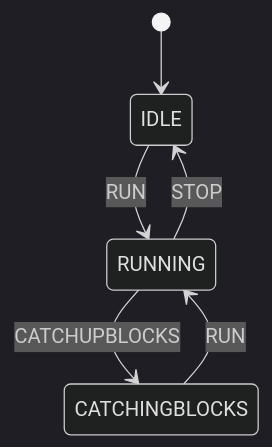
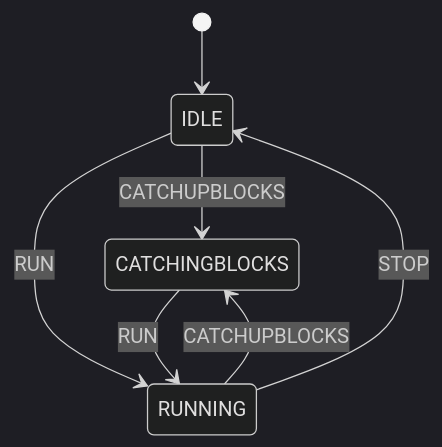
Before and after one commit to icellan/teranode: the diagram in topics/architecture/img/fsmDiagram.mermaid, drawn with Mermaid (dark theme). The commit also changed 171 other files, not shown here.

```diff
--- a/topics/architecture/img/fsmDiagram.mermaid
+++ b/topics/architecture/img/fsmDiagram.mermaid
@@ -1,6 +1,7 @@
 stateDiagram-v2
     [*] --> IDLE
+    IDLE --> CATCHINGBLOCKS: CATCHUPBLOCKS
     IDLE --> RUNNING: RUN
     RUNNING --> CATCHINGBLOCKS: CATCHUPBLOCKS
     CATCHINGBLOCKS --> RUNNING: RUN
     RUNNING --> IDLE: STOP
```
